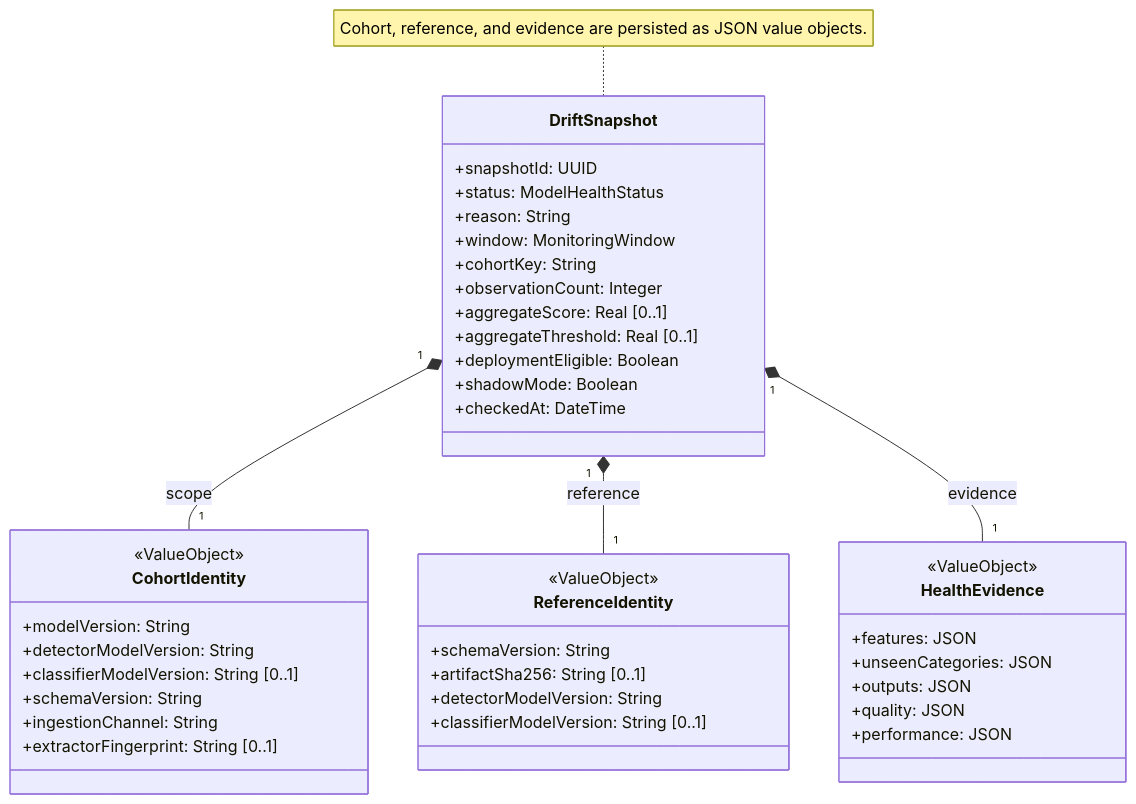
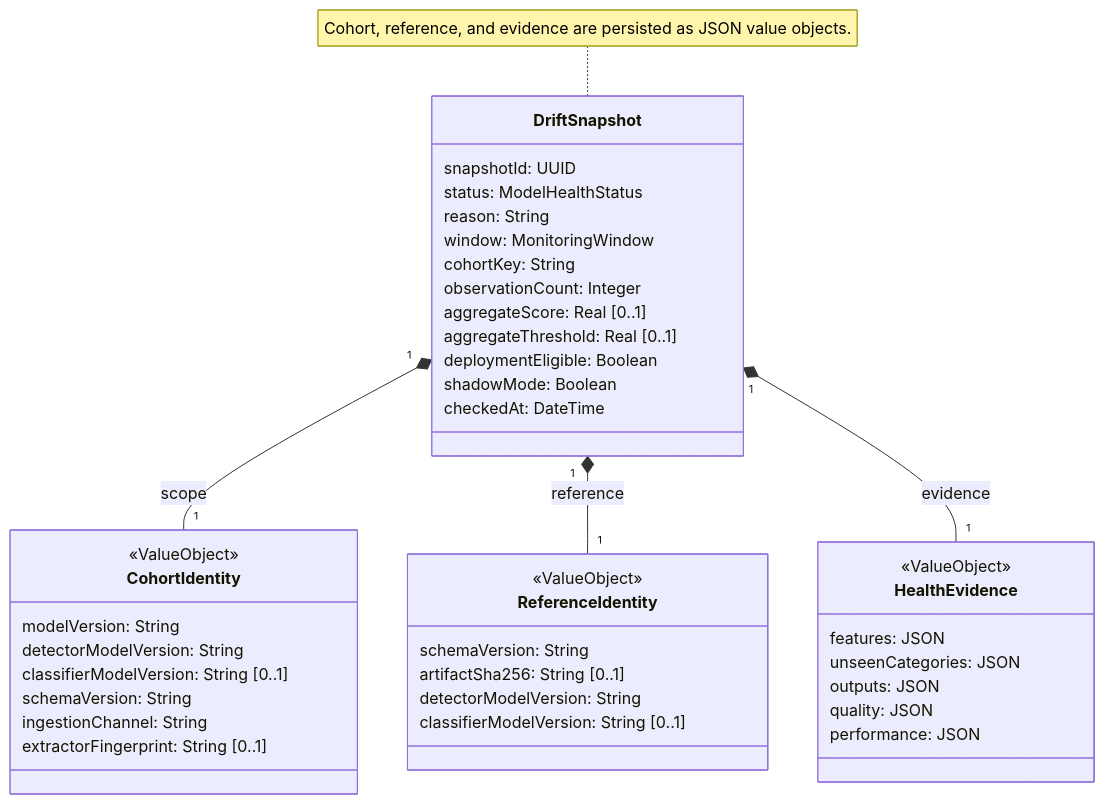
One commit to ZakariaElKhaldi/4iir-sr changed the diagram in diagrams/03c-model-health-classes.mmd. Above: the diagram before and after it, drawn with Mermaid. The commit also changed 29 other files, not shown here.

```diff
--- a/diagrams/03c-model-health-classes.mmd
+++ b/diagrams/03c-model-health-classes.mmd
@@ -1,49 +1,49 @@
 classDiagram
     direction TB
 
     class DriftSnapshot {
-        +snapshotId: UUID
-        +status: ModelHealthStatus
-        +reason: String
-        +window: MonitoringWindow
-        +cohortKey: String
-        +observationCount: Integer
-        +aggregateScore: Real [0..1]
-        +aggregateThreshold: Real [0..1]
-        +deploymentEligible: Boolean
-        +shadowMode: Boolean
-        +checkedAt: DateTime
+        snapshotId: UUID
+        status: ModelHealthStatus
+        reason: String
+        window: MonitoringWindow
+        cohortKey: String
+        observationCount: Integer
+        aggregateScore: Real [0..1]
+        aggregateThreshold: Real [0..1]
+        deploymentEligible: Boolean
+        shadowMode: Boolean
+        checkedAt: DateTime
     }
 
     class CohortIdentity {
         <<ValueObject>>
-        +modelVersion: String
-        +detectorModelVersion: String
-        +classifierModelVersion: String [0..1]
-        +schemaVersion: String
-        +ingestionChannel: String
-        +extractorFingerprint: String [0..1]
+        modelVersion: String
+        detectorModelVersion: String
+        classifierModelVersion: String [0..1]
+        schemaVersion: String
+        ingestionChannel: String
+        extractorFingerprint: String [0..1]
     }
 
     class ReferenceIdentity {
         <<ValueObject>>
-        +schemaVersion: String
-        +artifactSha256: String [0..1]
-        +detectorModelVersion: String
-        +classifierModelVersion: String [0..1]
+        schemaVersion: String
+        artifactSha256: String [0..1]
+        detectorModelVersion: String
+        classifierModelVersion: String [0..1]
     }
 
     class HealthEvidence {
         <<ValueObject>>
-        +features: JSON
-        +unseenCategories: JSON
-        +outputs: JSON
-        +quality: JSON
-        +performance: JSON
+        features: JSON
+        unseenCategories: JSON
+        outputs: JSON
+        quality: JSON
+        performance: JSON
     }
 
     DriftSnapshot "1" *-- "1" CohortIdentity : scope
     DriftSnapshot "1" *-- "1" ReferenceIdentity : reference
     DriftSnapshot "1" *-- "1" HealthEvidence : evidence
 
     note for DriftSnapshot "Cohort, reference, and evidence are persisted as JSON value objects."
```
